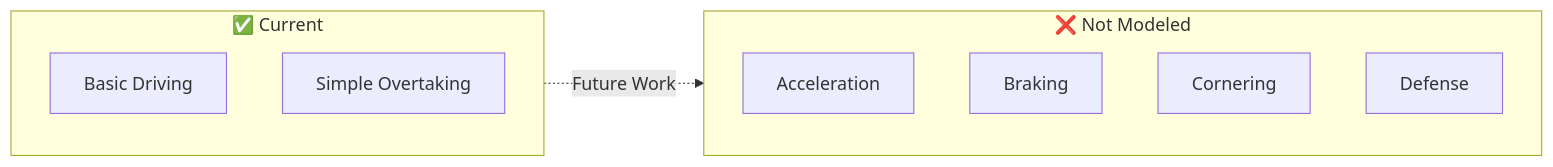
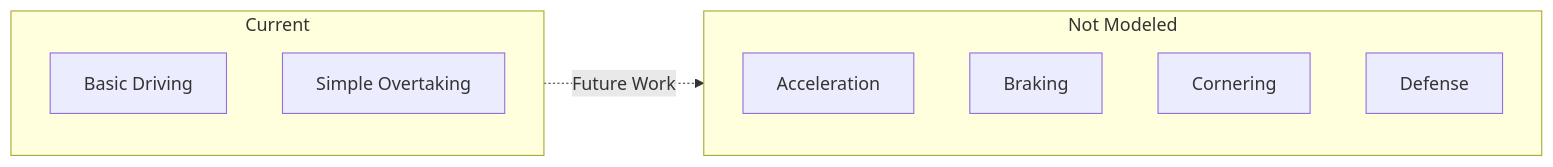
The eighth of 8 diagrams in _posts/project/2025-11-22-agent-mcqueen.md (leesg0107/leesg0107.github.io), drawn with Mermaid before and after one commit. The commit also changed other lines of this file and 77 other files, not shown here.

```diff
--- a/_posts/project/2025-11-22-agent-mcqueen.md
+++ b/_posts/project/2025-11-22-agent-mcqueen.md
@@ -351,16 +346,16 @@
 <div class="mermaid">
 flowchart LR
-    subgraph CURRENT["✅ Current"]
+    subgraph CURRENT["Current"]
         DRIVE["Basic Driving"]
         OVERTAKE["Simple Overtaking"]
     end
 
-    subgraph MISSING["❌ Not Modeled"]
+    subgraph MISSING["Not Modeled"]
         ACCEL["Acceleration"]
         BRAKE["Braking"]
         CORNER["Cornering"]
         DEFEND["Defense"]
     end
 
     CURRENT -.->|"Future Work"| MISSING
 </div>
```
